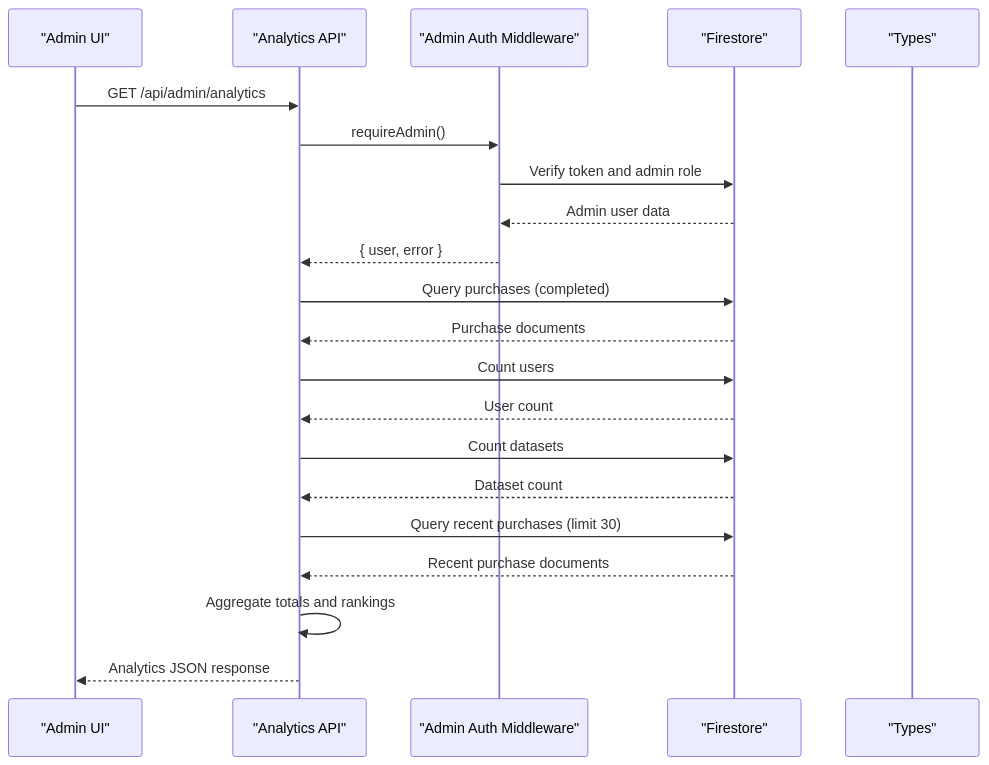
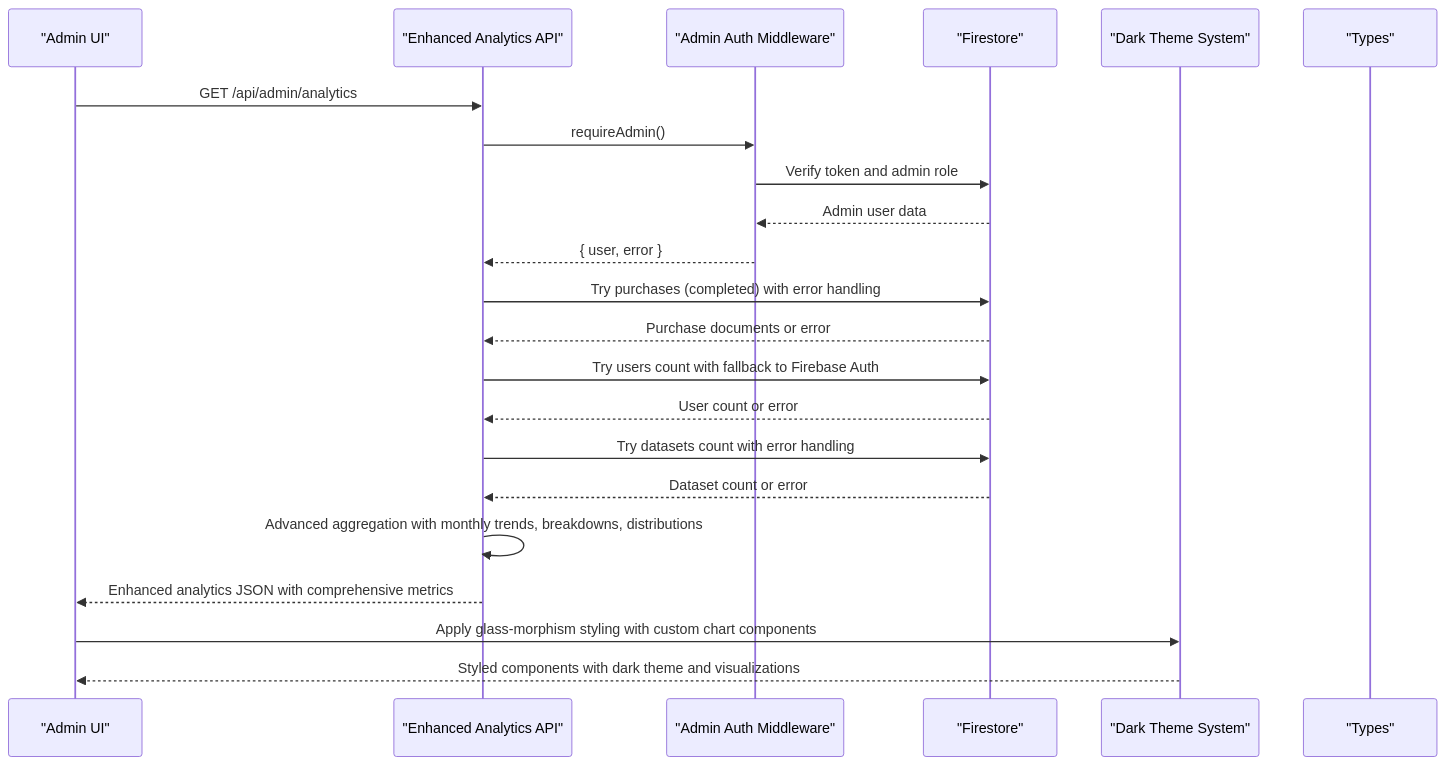
One commit to alikizang/datafrica changed the second of 6 diagrams in .qoder/repowiki/en/content/Admin Panel/Analytics and Reporting System.md. Above: the diagram before and after it, drawn with Mermaid. The commit also changed other lines of this file and 21 other files, not shown here.

````diff
--- a/.qoder/repowiki/en/content/Admin Panel/Analytics and Reporting System.md
+++ b/.qoder/repowiki/en/content/Admin Panel/Analytics and Reporting System.md
@@ -84,23 +127,24 @@
 ```mermaid
 sequenceDiagram
 participant Client as "Admin UI"
-participant API as "Analytics API"
+participant API as "Enhanced Analytics API"
 participant Auth as "Admin Auth Middleware"
 participant DB as "Firestore"
+participant Theme as "Dark Theme System"
 participant Types as "Types"
 Client->>API : GET /api/admin/analytics
 API->>Auth : requireAdmin()
 Auth->>DB : Verify token and admin role
 DB-->>Auth : Admin user data
 Auth-->>API : { user, error }
-API->>DB : Query purchases (completed)
-DB-->>API : Purchase documents
-API->>DB : Count users
-DB-->>API : User count
-API->>DB : Count datasets
-DB-->>API : Dataset count
-API->>DB : Query recent purchases (limit 30)
-DB-->>API : Recent purchase documents
-API->>API : Aggregate totals and rankings
-API-->>Client : Analytics JSON response
+API->>DB : Try purchases (completed) with error handling
+DB-->>API : Purchase documents or error
+API->>DB : Try users count with fallback to Firebase Auth
+DB-->>API : User count or error
+API->>DB : Try datasets count with error handling
+DB-->>API : Dataset count or error
+API->>API : Advanced aggregation with monthly trends, breakdowns, distributions
+API-->>Client : Enhanced analytics JSON with comprehensive metrics
+Client->>Theme : Apply glass-morphism styling with custom chart components
+Theme-->>Client : Styled components with dark theme and visualizations
 ```
````
